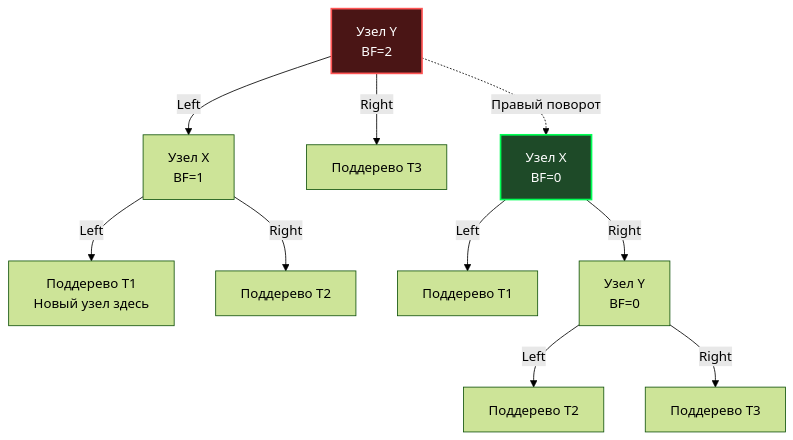
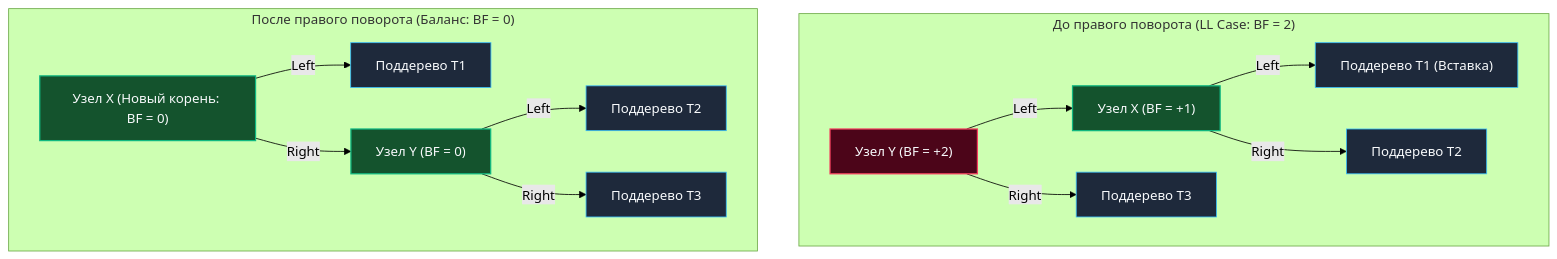
Before and after one commit to UnrealTemplier/go-textbook: the diagram in sources/20. Алгоритмы и структуры данных (DSA) на Go/05. Сбалансированные деревья/1. AVL дерево.md, drawn with Mermaid (forest theme). The commit also changed other lines of this file, not shown here.

Commit message:
feat(module-20): editorial rewrite of 05.1 AVL tree in Kernighan style

````diff
--- a/sources/20. Алгоритмы и структуры данных (DSA) на Go/05. Сбалансированные деревья/1. AVL дерево.md
+++ b/sources/20. Алгоритмы и структуры данных (DSA) на Go/05. Сбалансированные деревья/1. AVL дерево.md
@@ -49,17 +55,24 @@
 ```mermaid
 flowchart TD
-    Y["Узел Y<br>BF=2"]-->|"Left"|X["Узел X<br>BF=1"]
-    Y-->|"Right"|T3["Поддерево T3"]
-    X-->|"Left"|T1["Поддерево T1<br>Новый узел здесь"]
-    X-->|"Right"|T2["Поддерево T2"]
-    
-    X2["Узел X<br>BF=0"]-->|"Left"|T1_2["Поддерево T1"]
-    X2-->|"Right"|Y2["Узел Y<br>BF=0"]
-    Y2-->|"Left"|T2_2["Поддерево T2"]
-    Y2-->|"Right"|T3_2["Поддерево T3"]
-    
-    Y-.->|"Правый поворот"|X2
-    
-    style Y fill:#4a1515,stroke:#ff5555,stroke-width:2px,color:#fff
-    style X2 fill:#1e4a28,stroke:#00ff55,stroke-width:2px,color:#fff
+    subgraph Before["До правого поворота (LL Case: BF = 2)"]
+        Y1["Узел Y (BF = +2)"] -->|"Left"| X1["Узел X (BF = +1)"]
+        Y1 -->|"Right"| T3_1["Поддерево T3"]
+        X1 -->|"Left"| T1_1["Поддерево T1 (Вставка)"]
+        X1 -->|"Right"| T2_1["Поддерево T2"]
+    end
+
+    subgraph After["После правого поворота (Баланс: BF = 0)"]
+        X2["Узел X (Новый корень: BF = 0)"] -->|"Left"| T1_2["Поддерево T1"]
+        X2 -->|"Right"| Y2["Узел Y (BF = 0)"]
+        Y2 -->|"Left"| T2_2["Поддерево T2"]
+        Y2 -->|"Right"| T3_2["Поддерево T3"]
+    end
+
+    classDef badNode fill:#4c0519,stroke:#f43f5e,stroke-width:1.5px,color:#f8fafc;
+    classDef goodNode fill:#14532d,stroke:#10b981,stroke-width:1.5px,color:#f8fafc;
+    classDef subTree fill:#1e293b,stroke:#38bdf8,stroke-width:1px,color:#f8fafc;
+
+    class Y1 badNode;
+    class X1,X2,Y2 goodNode;
+    class T1_1,T2_1,T3_1,T1_2,T2_2,T3_2 subTree;
 ```
````
